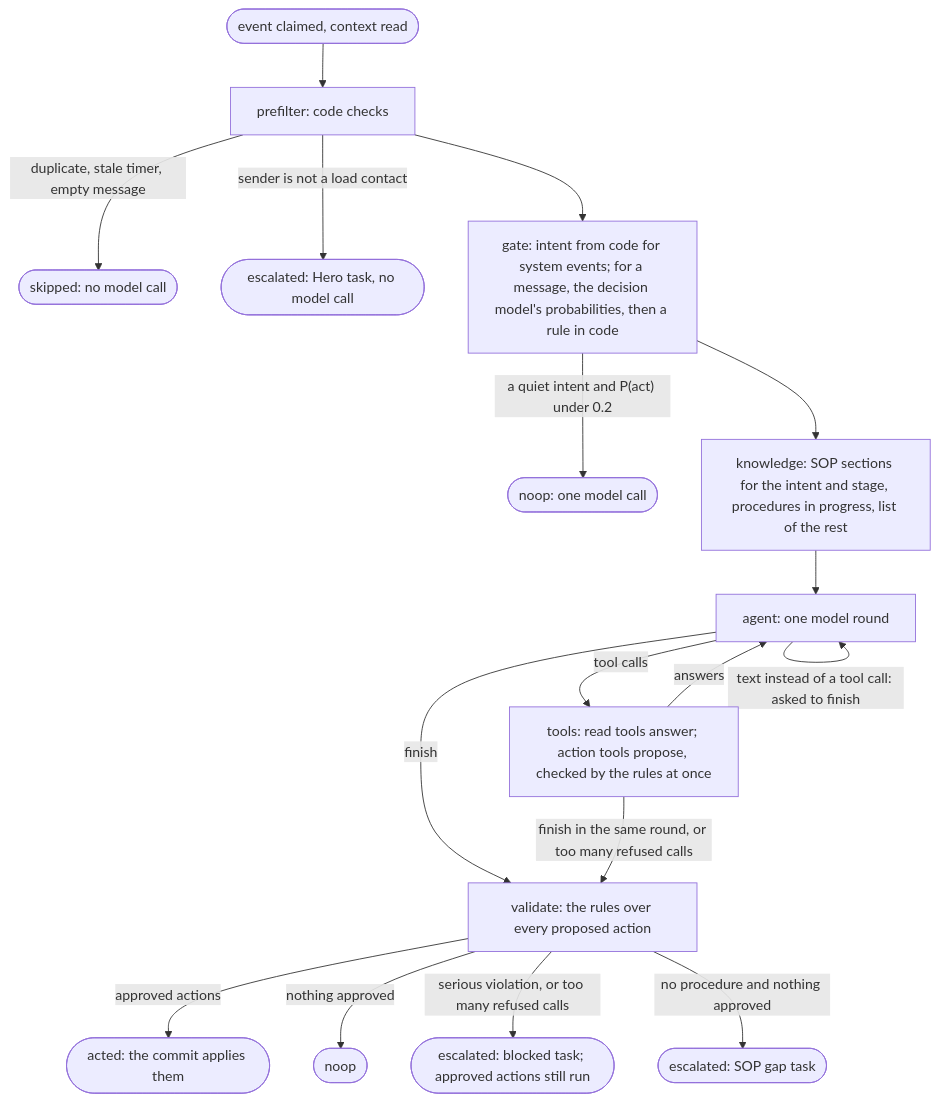
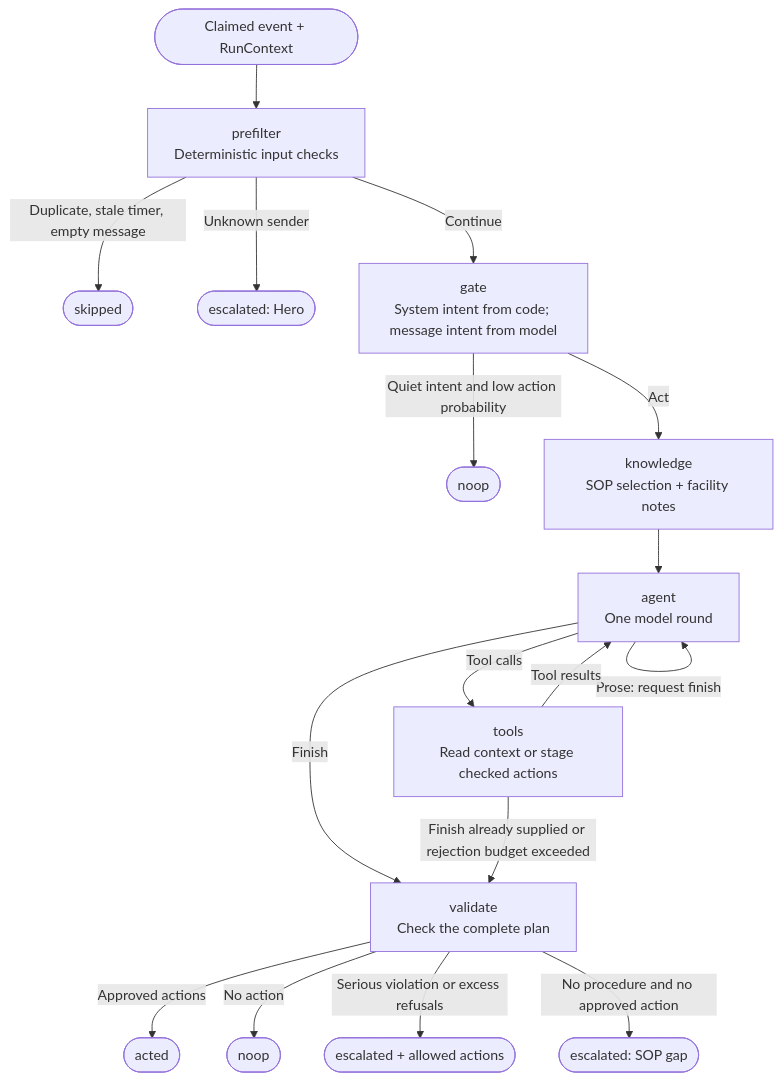
Before and after one commit to pedrocwb/freight-hero-assessment: the fourth of 14 diagrams in docs/architecture.md, drawn with Mermaid. The commit also changed other lines of this file and 1 other file, not shown here.

Commit message:
docs: redraw architecture diagrams for durable broker operations

````diff
--- a/docs/architecture.md
+++ b/docs/architecture.md
@@ -161,25 +164,24 @@
 ```mermaid
 flowchart TD
-  start(["event claimed, context read"]) --> prefilter
-  prefilter["prefilter: code checks"]
-  prefilter -- "duplicate, stale timer, empty message" --> skipped(["skipped: no model call"])
-  prefilter -- "sender is not a load contact" --> unknown(["escalated: Hero task, no model call"])
-  prefilter --> gate
-  gate["gate: intent from code for system events; for a message, the decision model's probabilities, then a rule in code"]
-  gate -- "a quiet intent and P(act) under 0.2" --> noop1(["noop: one model call"])
-  gate --> knowledge
-  knowledge["knowledge: SOP sections for the intent and stage, procedures in progress, list of the rest"]
-  knowledge --> agent
-  agent["agent: one model round"]
-  agent -- "tool calls" --> tools
-  agent -- "text instead of a tool call: asked to finish" --> agent
-  agent -- "finish" --> validate
-  tools["tools: read tools answer; action tools propose, checked by the rules at once"]
-  tools -- "answers" --> agent
-  tools -- "finish in the same round, or too many refused calls" --> validate
-  validate["validate: the rules over every proposed action"]
-  validate -- "approved actions" --> acted(["acted: the commit applies them"])
-  validate -- "nothing approved" --> noop2(["noop"])
-  validate -- "serious violation, or too many refused calls" --> blocked(["escalated: blocked task; approved actions still run"])
-  validate -- "no procedure and nothing approved" --> gap(["escalated: SOP gap task"])
+  start(["Claimed event + RunContext"]) --> prefilter
+  prefilter["prefilter<br/>Deterministic input checks"]
+  prefilter -->|Duplicate, stale timer, empty message| skipped(["skipped"])
+  prefilter -->|Unknown sender| unknown(["escalated: Hero"])
+  prefilter -->|Continue| gate
+  gate["gate<br/>System intent from code; message intent from model"]
+  gate -->|Quiet intent and low action probability| quiet(["noop"])
+  gate -->|Act| knowledge
+  knowledge["knowledge<br/>SOP selection + facility notes"] --> agent
+  agent["agent<br/>One model round"]
+  agent -->|Tool calls| tools
+  agent -->|Prose: request finish| agent
+  agent -->|Finish| validate
+  tools["tools<br/>Read context or stage checked actions"]
+  tools -->|Tool results| agent
+  tools -->|Finish already supplied or rejection budget exceeded| validate
+  validate["validate<br/>Check the complete plan"]
+  validate -->|Approved actions| acted(["acted"])
+  validate -->|No action| noop(["noop"])
+  validate -->|Serious violation or excess refusals| blocked(["escalated + allowed actions"])
+  validate -->|No procedure and no approved action| gap(["escalated: SOP gap"])
 ```
````
